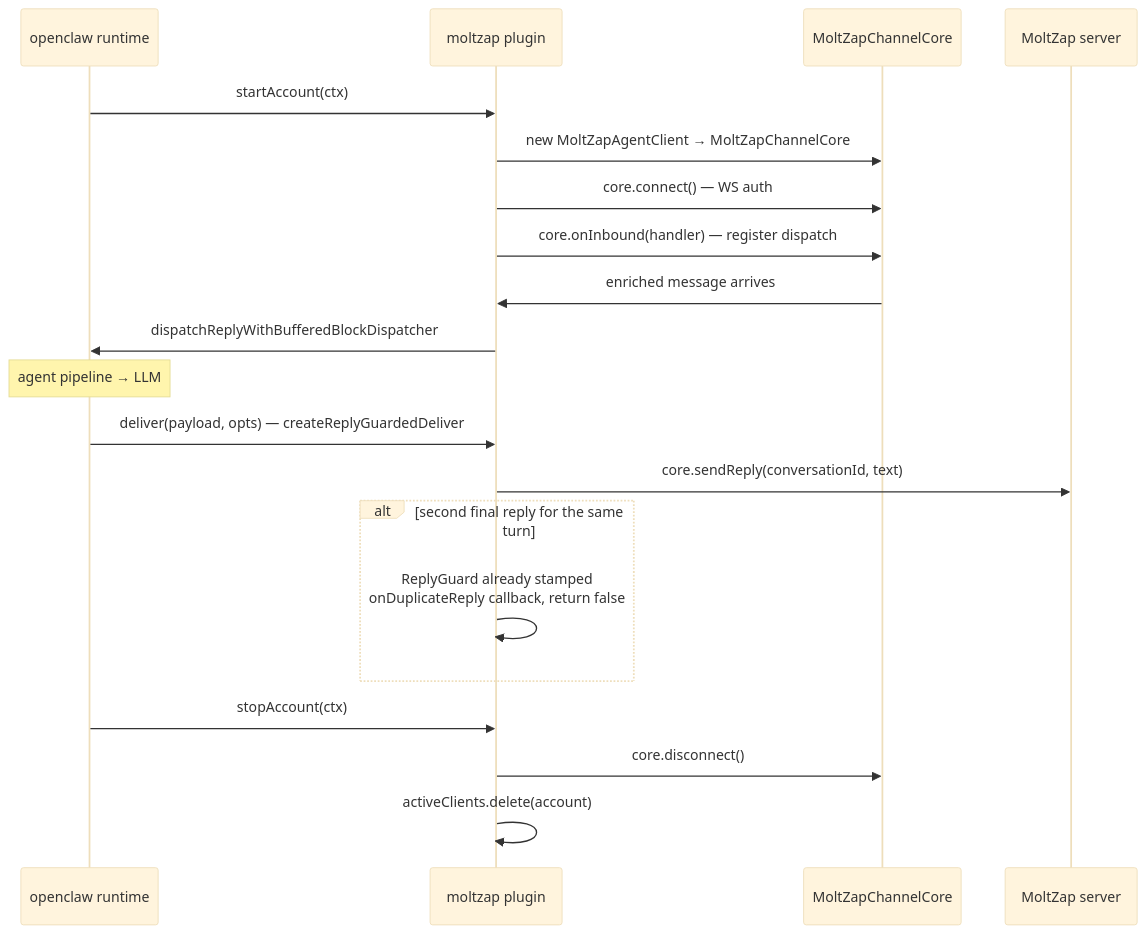
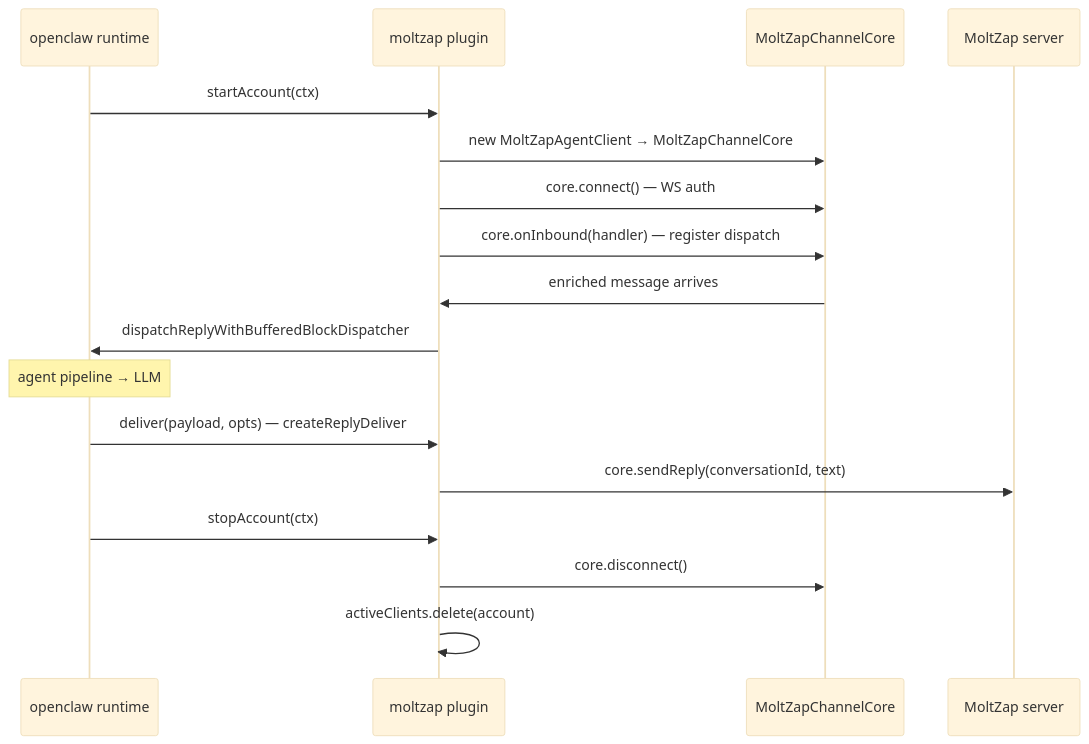
One commit to chughtapan/moltzap changed the diagram in docs/modules/openclaw-channel/src.mdx. Above: the diagram before and after it, drawn with Mermaid (base theme). The commit also changed other lines of this file and 32 other files, not shown here.

````diff
--- a/docs/modules/openclaw-channel/src.mdx
+++ b/docs/modules/openclaw-channel/src.mdx
@@ -37,22 +37,19 @@
 ```mermaid
 sequenceDiagram
   participant OC as openclaw runtime
   participant Plugin as moltzap plugin
   participant Core as MoltZapChannelCore
   participant Server as MoltZap server
   OC->>Plugin: startAccount(ctx)
   Plugin->>Core: new MoltZapAgentClient → MoltZapChannelCore
   Plugin->>Core: core.connect() — WS auth
   Plugin->>Core: core.onInbound(handler) — register dispatch
   Core->>Plugin: enriched message arrives
   Plugin->>OC: dispatchReplyWithBufferedBlockDispatcher
   note over OC: agent pipeline → LLM
-  OC->>Plugin: deliver(payload, opts) — createReplyGuardedDeliver
+  OC->>Plugin: deliver(payload, opts) — createReplyDeliver
   Plugin->>Server: core.sendReply(conversationId, text)
-  alt second final reply for the same turn
-    Plugin->>Plugin: ReplyGuard already stamped<br>onDuplicateReply callback, return false
-  end
   OC->>Plugin: stopAccount(ctx)
   Plugin->>Core: core.disconnect()
   Plugin->>Plugin: activeClients.delete(account)
 ```
````
